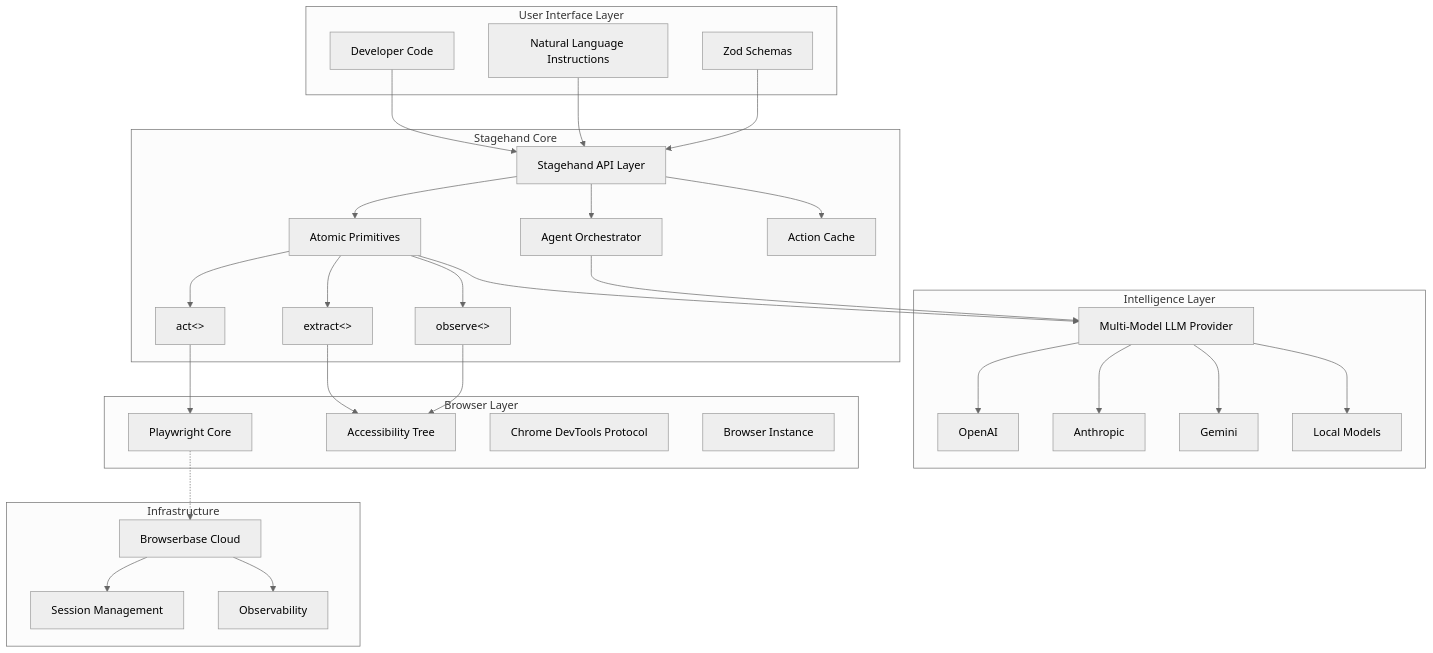
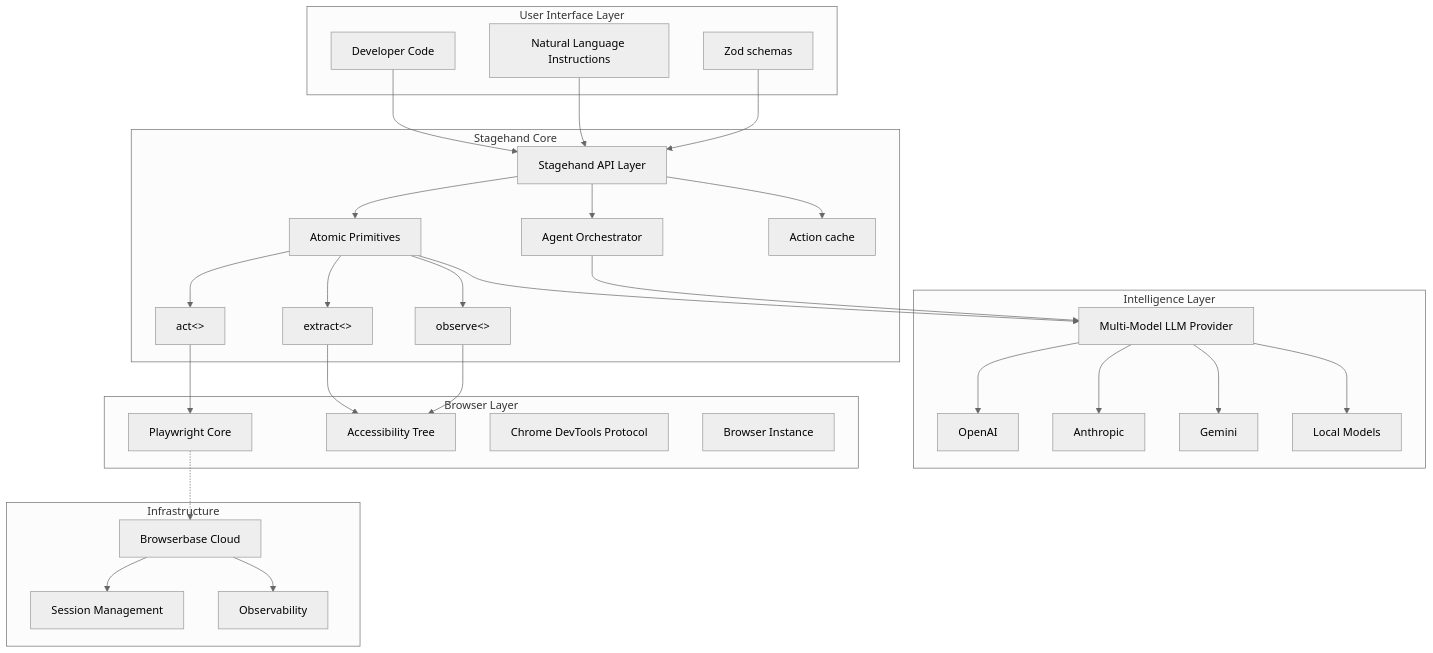
Before and after one commit to dwarvesf/research: the first of 7 diagrams in breakdown/stagehand.md, drawn with Mermaid (neutral theme). The commit also changed other lines of this file, not shown here.

````diff
--- a/breakdown/stagehand.md
+++ b/breakdown/stagehand.md
@@ -42,64 +42,64 @@
 ```mermaid
 graph TB
     subgraph "User Interface Layer"
         DEV[Developer Code]
         NL[Natural Language Instructions]
-        SCHEMA[Zod Schemas]
+        SCHEMA[Zod schemas]
     end
 
     subgraph "Stagehand Core"
         API[Stagehand API Layer]
         ATOMIC[Atomic Primitives]
         AGENT[Agent Orchestrator]
-        CACHE[Action Cache]
+        CACHE[Action cache]
 
         ATOMIC --> ACT[act<>]
         ATOMIC --> EXTRACT[extract<>]
         ATOMIC --> OBSERVE[observe<>]
     end
 
     subgraph "Intelligence Layer"
         LLM[Multi-Model LLM Provider]
         OPENAI[OpenAI]
         ANTHROPIC[Anthropic]
         GEMINI[Gemini]
         LOCAL[Local Models]
     end
 
     subgraph "Browser Layer"
         PW[Playwright Core]
         A11Y[Accessibility Tree]
         CDP[Chrome DevTools Protocol]
         BROWSER[Browser Instance]
     end
 
     subgraph "Infrastructure"
         BB[Browserbase Cloud]
         SESSION[Session Management]
         METRICS[Observability]
     end
 
     DEV --> API
     NL --> API
     SCHEMA --> API
 
     API --> ATOMIC
     API --> AGENT
     API --> CACHE
 
     ATOMIC --> LLM
     AGENT --> LLM
 
     LLM --> OPENAI
     LLM --> ANTHROPIC
     LLM --> GEMINI
     LLM --> LOCAL
 
     ACT --> PW
     EXTRACT --> A11Y
     OBSERVE --> A11Y
 
     PW -.-> BB
     BB --> SESSION
     BB --> METRICS
 ```
````
